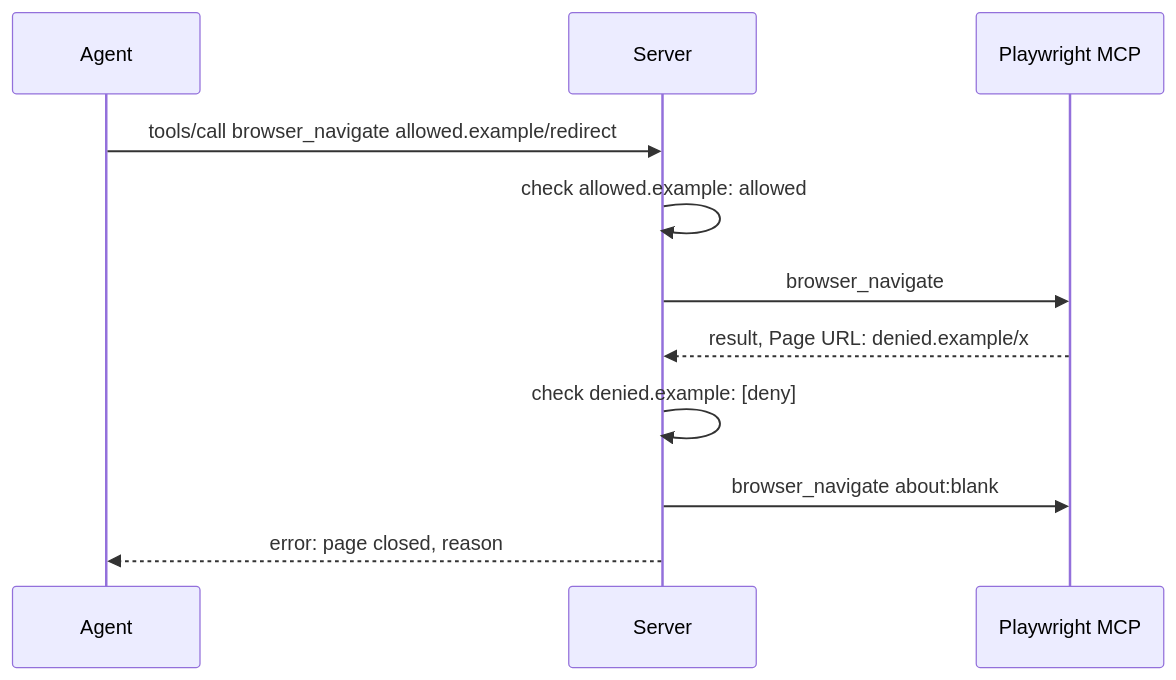
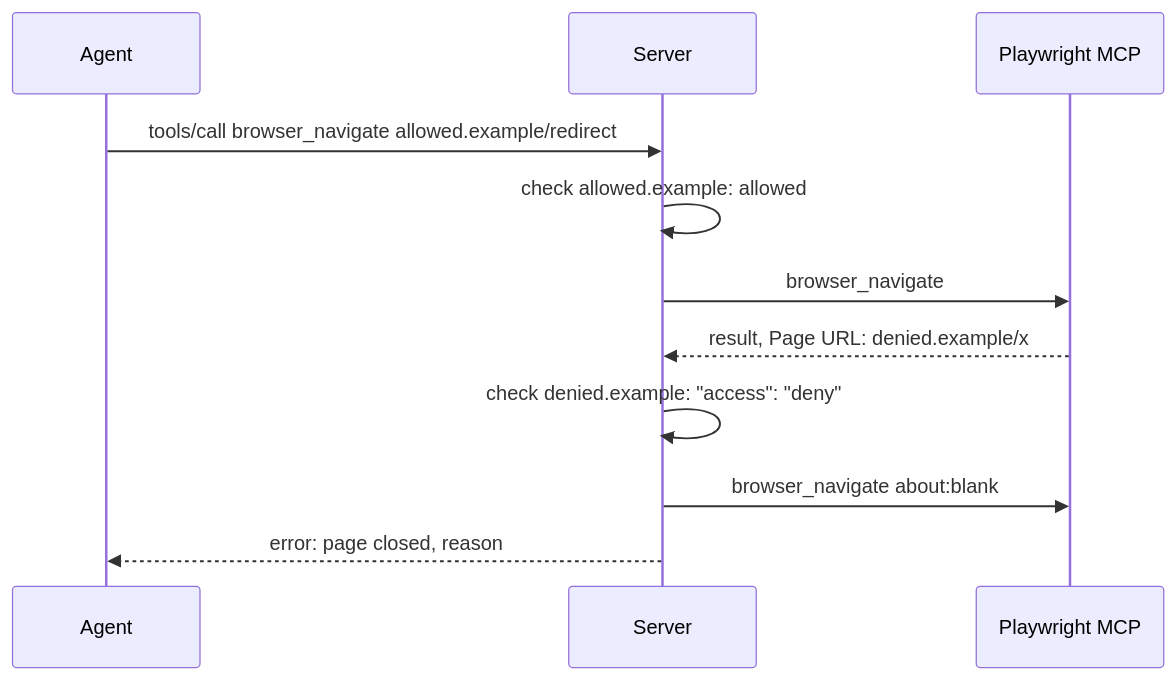
One commit to npstash/shared changed the sixth of 9 diagrams in tools/browser-automation-x-mcp/sdd/DESIGN.md. Above: the diagram before and after it, drawn with Mermaid. The commit also changed other lines of this file and 51 other files, not shown here.

````diff
--- a/tools/browser-automation-x-mcp/sdd/DESIGN.md
+++ b/tools/browser-automation-x-mcp/sdd/DESIGN.md
@@ -269,10 +305,10 @@
 ```mermaid
 sequenceDiagram
     Agent->>Server: tools/call browser_navigate allowed.example/redirect
     Server->>Server: check allowed.example: allowed
     Server->>Playwright MCP: browser_navigate
     Playwright MCP-->>Server: result, Page URL: denied.example/x
-    Server->>Server: check denied.example: [deny]
+    Server->>Server: check denied.example: "access": "deny"
     Server->>Playwright MCP: browser_navigate about:blank
     Server-->>Agent: error: page closed, reason
 ```
````
